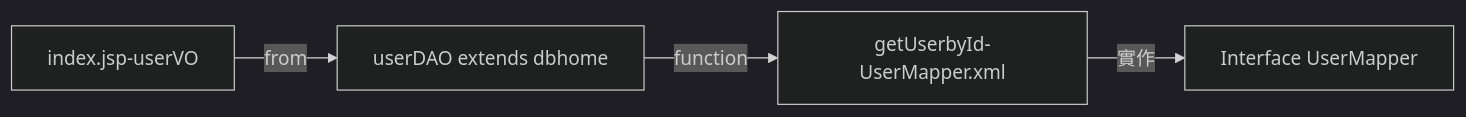
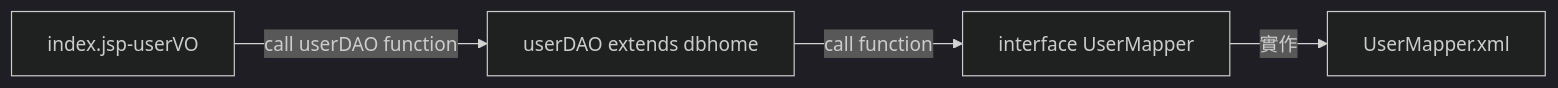
One commit to cv86092/cv86092.github.io changed the third of 3 diagrams in Mybatis.md. Above: the diagram before and after it, drawn with Mermaid (dark theme). The commit also changed 2 other files, not shown here.

Commit message:
update 20240925

````diff
--- a/Mybatis.md
+++ b/Mybatis.md
@@ -18,5 +18,5 @@
 ```mermaid
 flowchart LR
-A[index.jsp-userVO]-->|from|B[userDAO extends dbhome]-->|function|C[getUserbyId-UserMapper.xml]
-C-->|實作|D[Interface UserMapper]
+A[index.jsp-userVO]-->|call userDAO function|B[userDAO extends dbhome]-->| call function|C[interface UserMapper]
+C-->|實作|D[UserMapper.xml]
 ```
````
